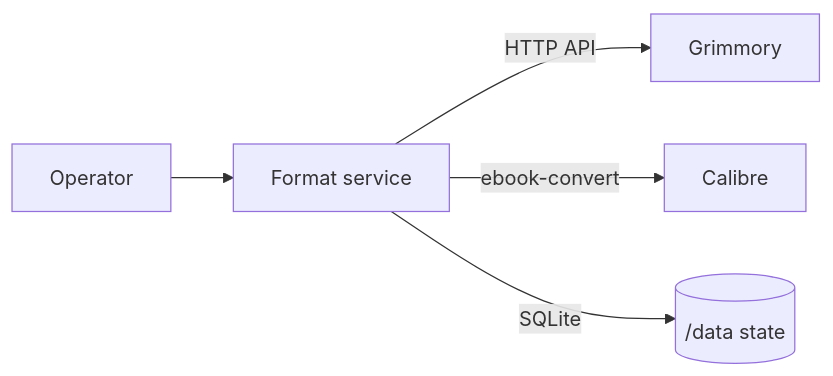
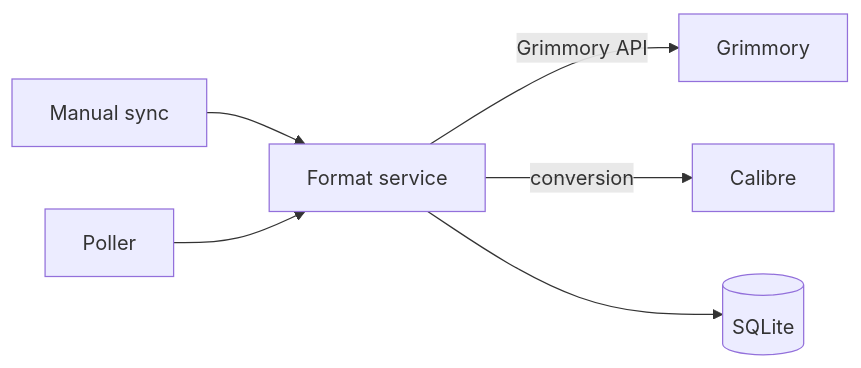
Before and after one commit to dawidgora/grimmory-format-automation: the diagram in README.md, drawn with Mermaid. The commit also changed other lines of this file and 3 other files, not shown here.

````diff
--- a/README.md
+++ b/README.md
@@ -9,7 +9,8 @@
 ```mermaid
 flowchart LR
-    Operator[Operator] --> Service[Format service]
-    Service -->|HTTP API| Grimmory[Grimmory]
-    Service -->|ebook-convert| Calibre[Calibre]
-    Service -->|SQLite| State[( /data state)]
+    Manual[Manual sync] --> Service[Format service]
+    Poller[Poller] --> Service
+    Service -->|Grimmory API| Grimmory[Grimmory]
+    Service -->|conversion| Calibre[Calibre]
+    Service --> State[(SQLite)]
 ```
````
